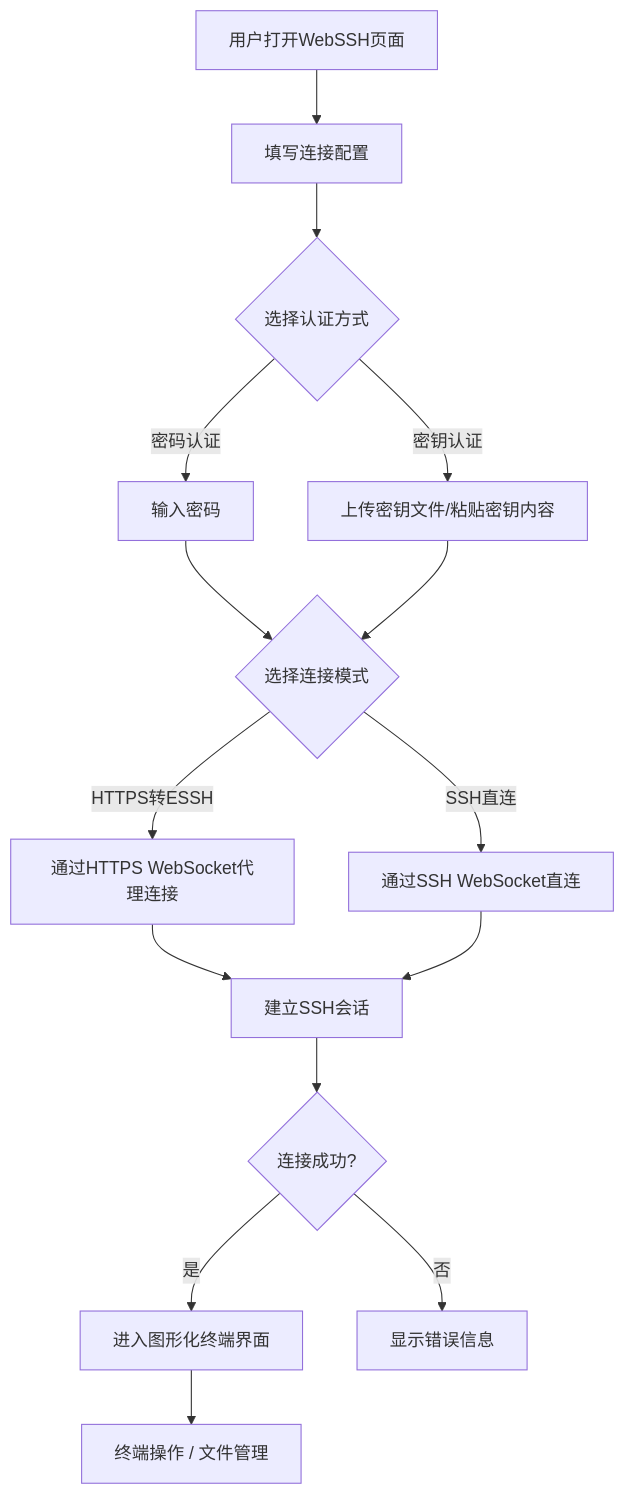
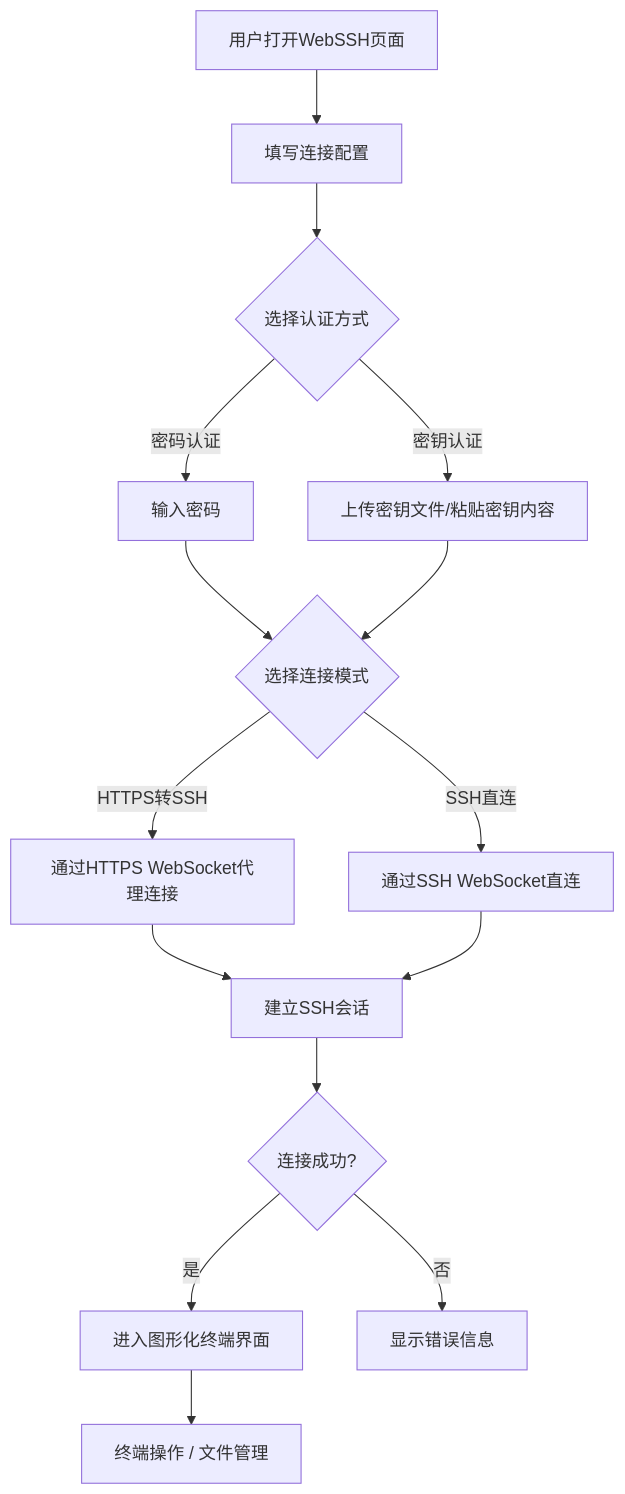
Before and after one commit to yuanhexuan/SSH-web: the diagram in .trae/documents/prd.md, drawn with Mermaid. The commit also changed other lines of this file and 35 other files, not shown here.

````diff
--- a/.trae/documents/prd.md
+++ b/.trae/documents/prd.md
@@ -40,17 +40,17 @@
 ```mermaid
 flowchart TD
     A["用户打开WebSSH页面"] --> B["填写连接配置"]
     B --> C{"选择认证方式"}
     C -->|"密码认证"| D["输入密码"]
     C -->|"密钥认证"| E["上传密钥文件/粘贴密钥内容"]
     D --> F{"选择连接模式"}
     E --> F
-    F -->|"HTTPS转ESSH"| G["通过HTTPS WebSocket代理连接"]
+    F -->|"HTTPS转SSH"| G["通过HTTPS WebSocket代理连接"]
     F -->|"SSH直连"| H["通过SSH WebSocket直连"]
     G --> I["建立SSH会话"]
     H --> I
     I --> J{"连接成功?"}
     J -->|"是"| K["进入图形化终端界面"]
     J -->|"否"| L["显示错误信息"]
     K --> M["终端操作 / 文件管理"]
 ```
````
